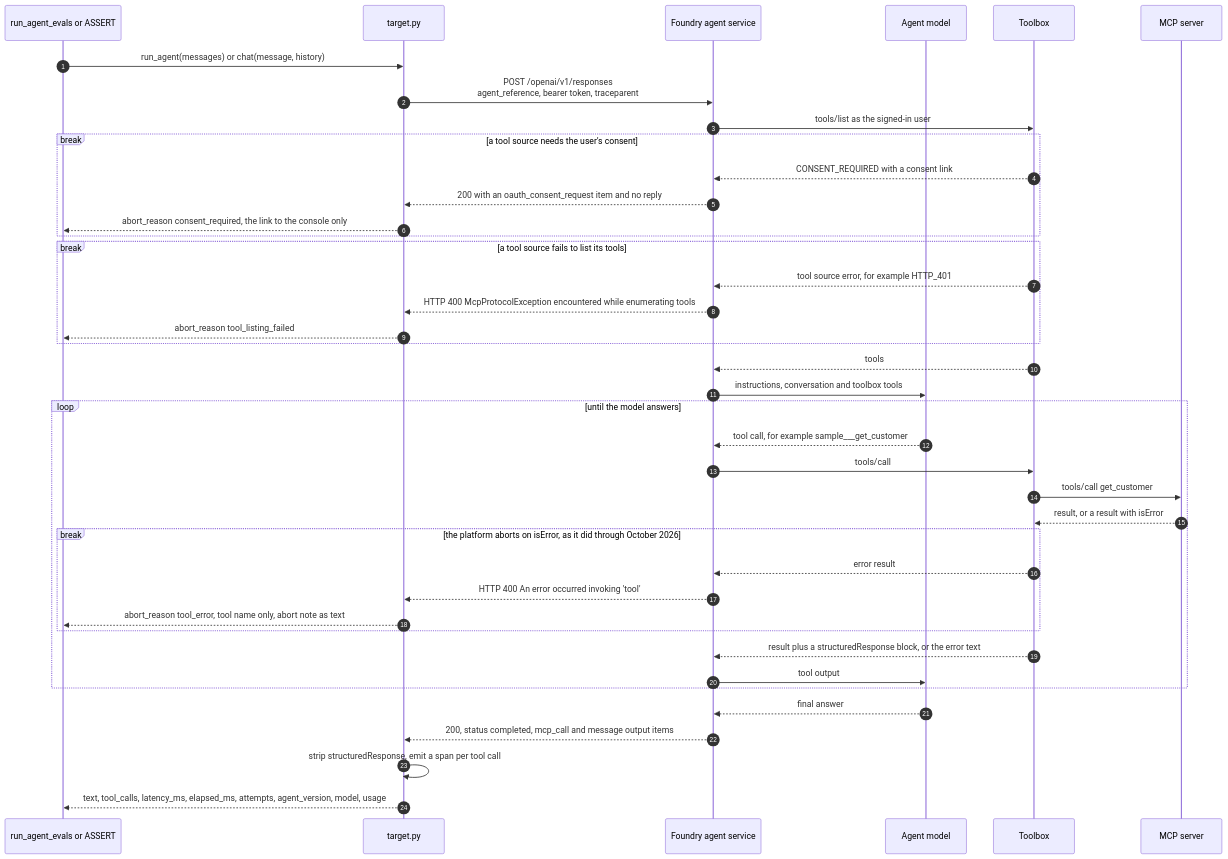
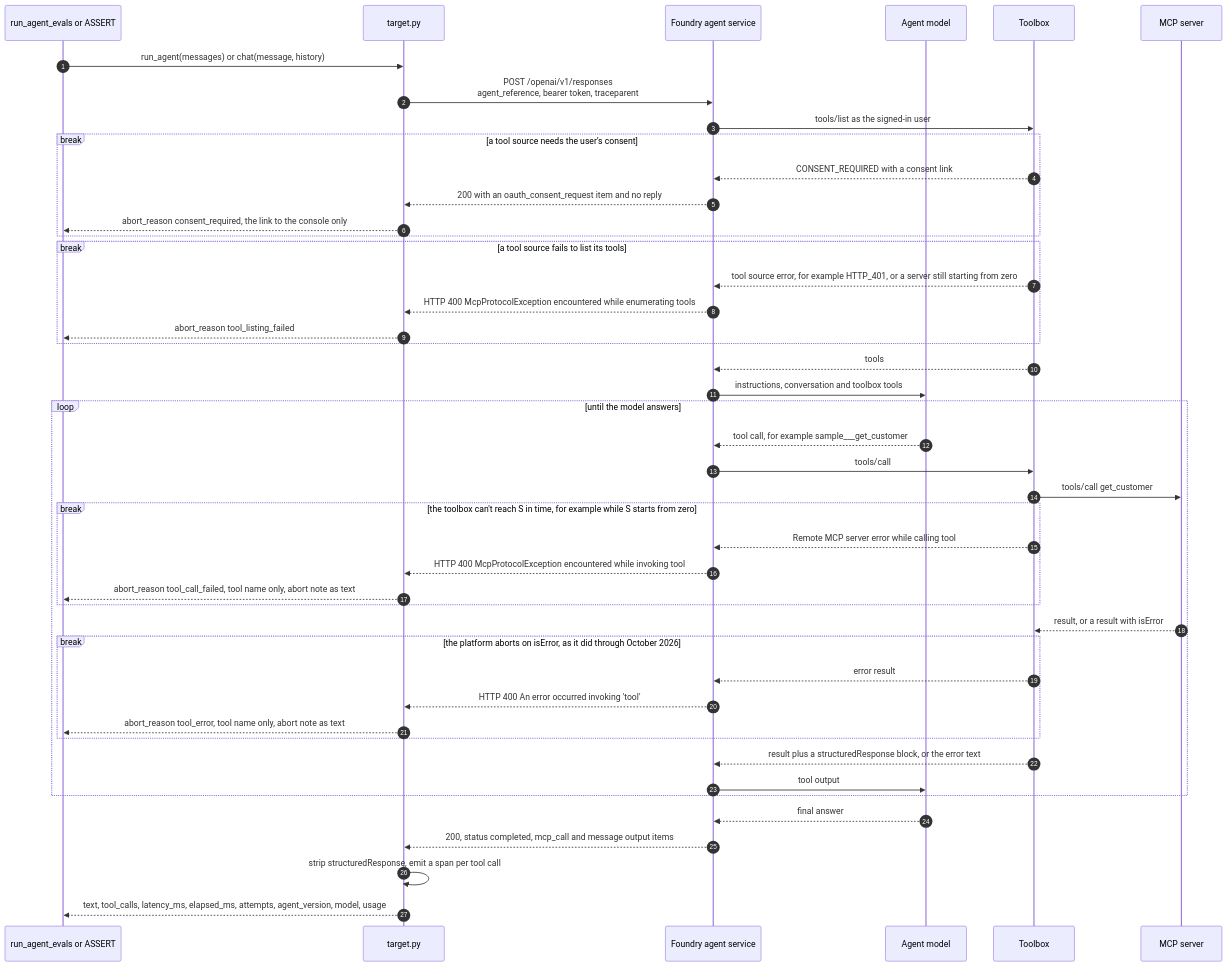
The ninth of 17 diagrams in docs/architecture.md (bradrlaw/foundryToolboxEval), drawn with Mermaid before and after one commit. The commit also changed other lines of this file and 9 other files, not shown here.

First line of the commit message:
Report failed tool calls as tool_call_failed; keep MCP servers warm

````diff
--- a/docs/architecture.md
+++ b/docs/architecture.md
@@ -451,42 +452,47 @@
 ```mermaid
 sequenceDiagram
     autonumber
     participant R as run_agent_evals or ASSERT
     participant T as target.py
     participant F as Foundry agent service
     participant M as Agent model
     participant TB as Toolbox
     participant S as MCP server
     R->>T: run_agent(messages) or chat(message, history)
     T->>F: POST /openai/v1/responses<br/>agent_reference, bearer token, traceparent
     F->>TB: tools/list as the signed-in user
     break a tool source needs the user's consent
         TB-->>F: CONSENT_REQUIRED with a consent link
         F-->>T: 200 with an oauth_consent_request item and no reply
         T-->>R: abort_reason consent_required, the link to the console only
     end
     break a tool source fails to list its tools
-        TB-->>F: tool source error, for example HTTP_401
+        TB-->>F: tool source error, for example HTTP_401, or a server still starting from zero
         F-->>T: HTTP 400 McpProtocolException encountered while enumerating tools
         T-->>R: abort_reason tool_listing_failed
     end
     TB-->>F: tools
     F->>M: instructions, conversation and toolbox tools
     loop until the model answers
         M-->>F: tool call, for example sample___get_customer
         F->>TB: tools/call
         TB->>S: tools/call get_customer
+        break the toolbox can't reach S in time, for example while S starts from zero
+            TB-->>F: Remote MCP server error while calling tool
+            F-->>T: HTTP 400 McpProtocolException encountered while invoking tool
+            T-->>R: abort_reason tool_call_failed, tool name only, abort note as text
+        end
         S-->>TB: result, or a result with isError
         break the platform aborts on isError, as it did through October 2026
             TB-->>F: error result
             F-->>T: HTTP 400 An error occurred invoking 'tool'
             T-->>R: abort_reason tool_error, tool name only, abort note as text
         end
         TB-->>F: result plus a structuredResponse block, or the error text
         F->>M: tool output
     end
     M-->>F: final answer
     F-->>T: 200, status completed, mcp_call and message output items
     T->>T: strip structuredResponse, emit a span per tool call
     T-->>R: text, tool_calls, latency_ms, elapsed_ms, attempts, agent_version, model, usage
 ```
````
